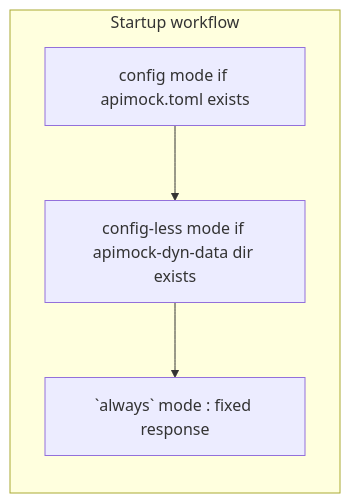
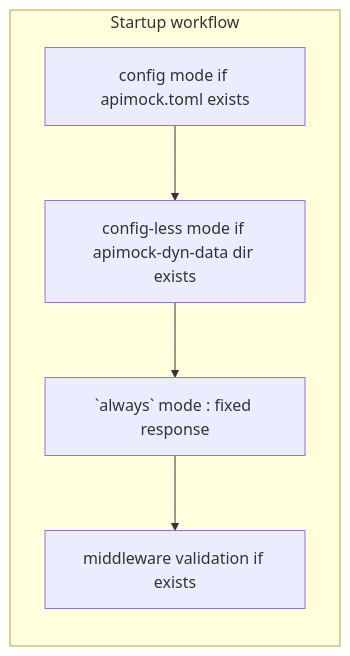
Before and after one commit to nabbisen/apimock-rs: the first of 2 diagrams in docs/SPECS.md, drawn with Mermaid. The commit also changed other lines of this file and 4 other files, not shown here.

````diff
--- a/docs/SPECS.md
+++ b/docs/SPECS.md
@@ -13,8 +13,9 @@
 ```mermaid
 graph
     subgraph Startup workflow
         direction TB
         A[config mode if apimock.toml exists] --> B[config-less mode if apimock-dyn-data dir exists]
         B --> C[`always` mode : fixed response]
+        C --> D[middleware validation if exists]
     end
 ```
````
